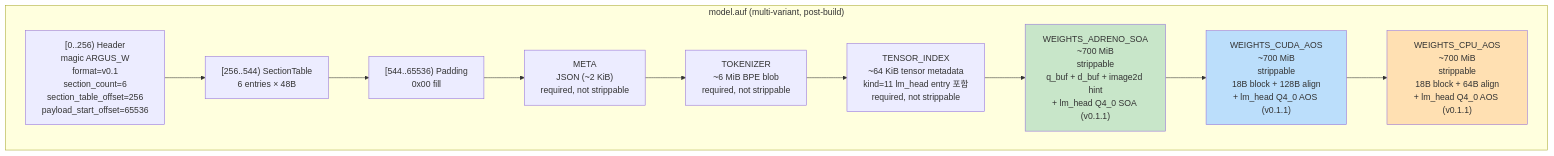
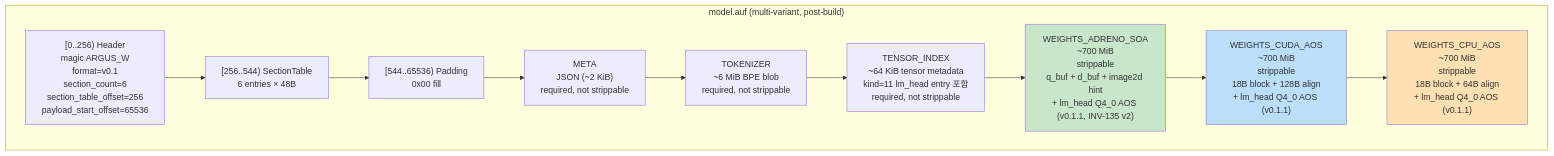
Before and after one commit to hedone21/llm_rs2: the ninth of 11 diagrams in arch/auf_format.md, drawn with Mermaid. The commit also changed other lines of this file and 6 other files, not shown here.

First line of the commit message:
fix(auf): lm_head Q4_0 entry는 AOS layout으로 동봉 (G-1-F fix, INV-135 v2)

````diff
--- a/arch/auf_format.md
+++ b/arch/auf_format.md
@@ -632,19 +632,19 @@
 ```mermaid
 flowchart TB
     subgraph FILE["model.auf (multi-variant, post-build)"]
         H["[0..256) Header<br/>magic ARGUS_W<br/>format=v0.1<br/>section_count=6<br/>section_table_offset=256<br/>payload_start_offset=65536"]
         T["[256..544) SectionTable<br/>6 entries × 48B"]
         P0["[544..65536) Padding<br/>0x00 fill"]
         S1["META<br/>JSON (~2 KiB)<br/>required, not strippable"]
         S2["TOKENIZER<br/>~6 MiB BPE blob<br/>required, not strippable"]
         S3["TENSOR_INDEX<br/>~64 KiB tensor metadata<br/>kind=11 lm_head entry 포함<br/>required, not strippable"]
-        S4["WEIGHTS_ADRENO_SOA<br/>~700 MiB<br/>strippable<br/>q_buf + d_buf + image2d hint<br/>+ lm_head Q4_0 SOA (v0.1.1)"]
+        S4["WEIGHTS_ADRENO_SOA<br/>~700 MiB<br/>strippable<br/>q_buf + d_buf + image2d hint<br/>+ lm_head Q4_0 AOS (v0.1.1, INV-135 v2)"]
         S5["WEIGHTS_CUDA_AOS<br/>~700 MiB<br/>strippable<br/>18B block + 128B align<br/>+ lm_head Q4_0 AOS (v0.1.1)"]
         S6["WEIGHTS_CPU_AOS<br/>~700 MiB<br/>strippable<br/>18B block + 64B align<br/>+ lm_head Q4_0 AOS (v0.1.1)"]
         H --> T --> P0 --> S1 --> S2 --> S3 --> S4 --> S5 --> S6
     end
 
     style S4 fill:#c8e6c9
     style S5 fill:#bbdefb
     style S6 fill:#ffe0b2
 ```
````
